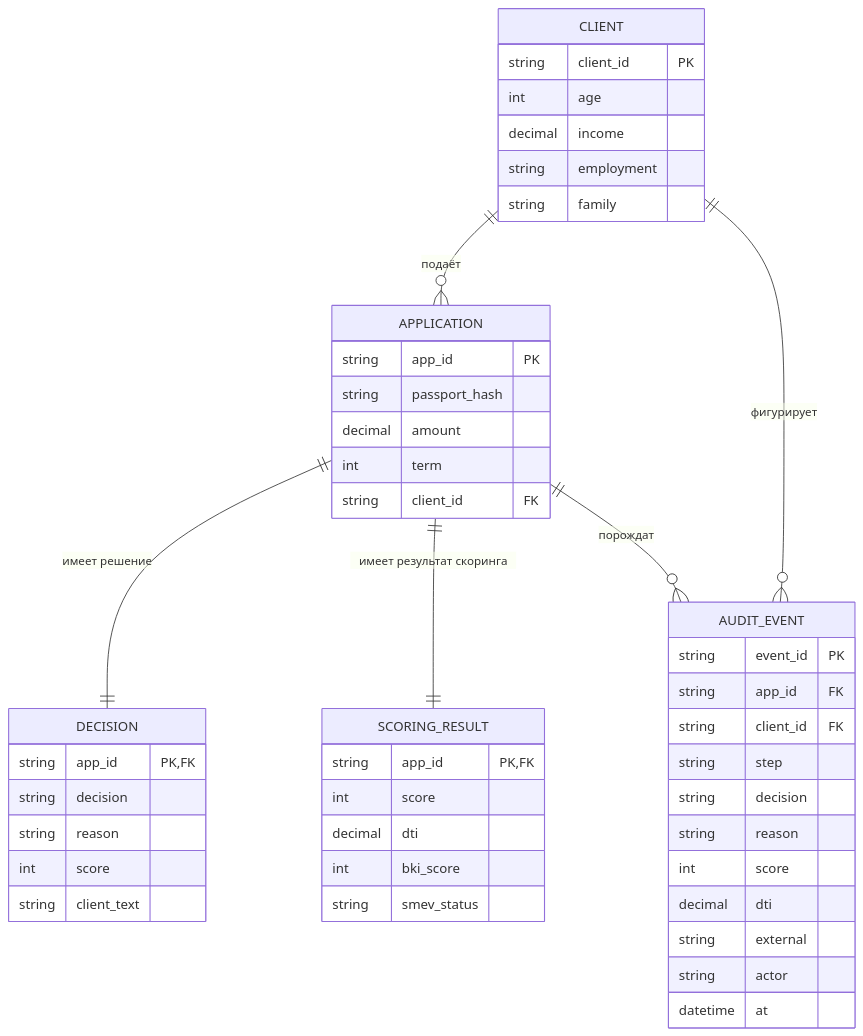
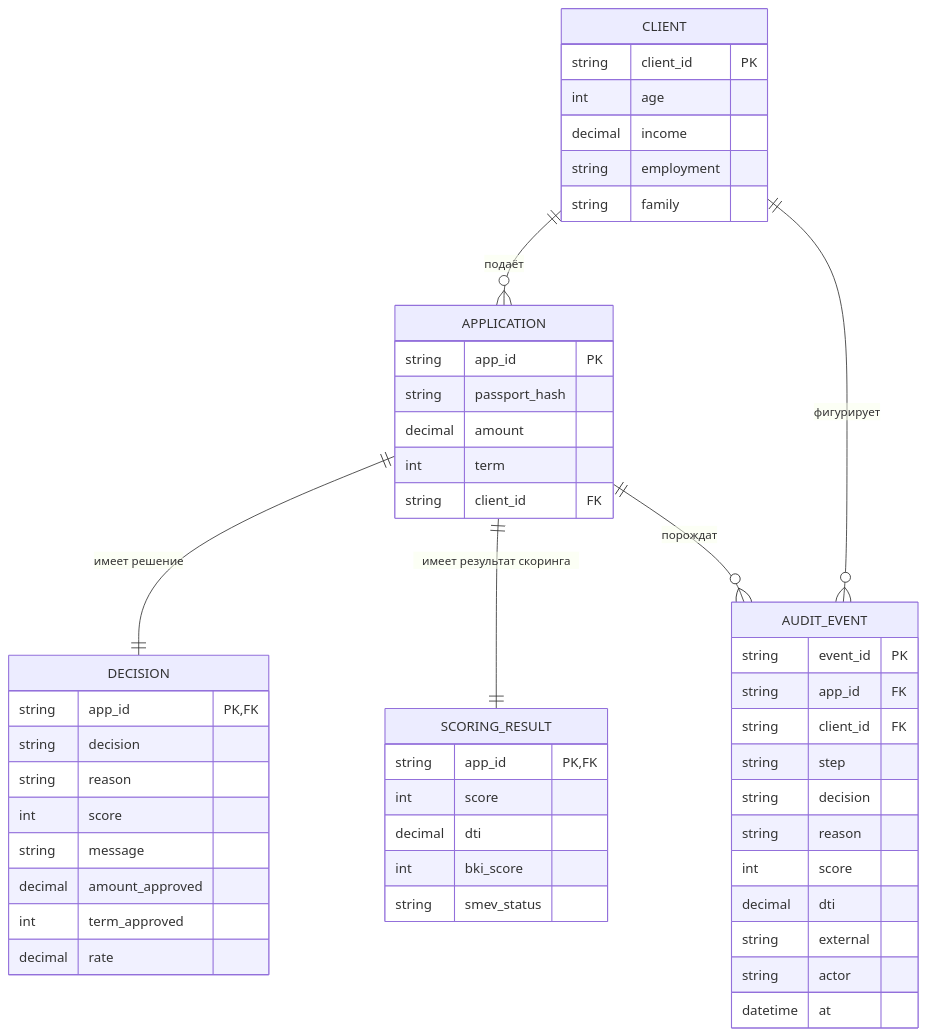
One commit to adell111/Saga_case changed the diagram in 08_ER.md. Above: the diagram before and after it, drawn with Mermaid. The commit also changed other lines of this file and 2 other files, not shown here.

Commit message:
фикс грамматики и ER

````diff
--- a/08_ER.md
+++ b/08_ER.md
@@ -6,54 +6,57 @@
 ```mermaid
 erDiagram
     CLIENT ||--o{ APPLICATION : "подаёт"
     CLIENT ||--o{ AUDIT_EVENT : "фигурирует"
     APPLICATION ||--|| DECISION : "имеет решение"
     APPLICATION ||--|| SCORING_RESULT : "имеет результат скоринга"
     APPLICATION ||--o{ AUDIT_EVENT : "порождат"
 
     CLIENT {
         string client_id PK 
         int age 
         decimal income 
         string employment 
         string family 
     }
 
     APPLICATION {
         string app_id PK 
         string passport_hash 
         decimal amount 
         int term 
         string client_id FK
     }
 
     DECISION {
         string app_id PK, FK 
         string decision 
         string reason 
         int score 
-        string client_text 
+        string message 
+        decimal amount_approved 
+        int term_approved 
+        decimal rate 
     }
 
     SCORING_RESULT {
         string app_id PK, FK 
         int score 
         decimal dti 
         int bki_score 
         string smev_status 
     }
 
     AUDIT_EVENT {
         string event_id PK
         string app_id FK 
         string client_id FK 
         string step 
         string decision 
         string reason 
         int score 
         decimal dti 
         string external 
         string actor 
         datetime at 
     }
 ```
````
